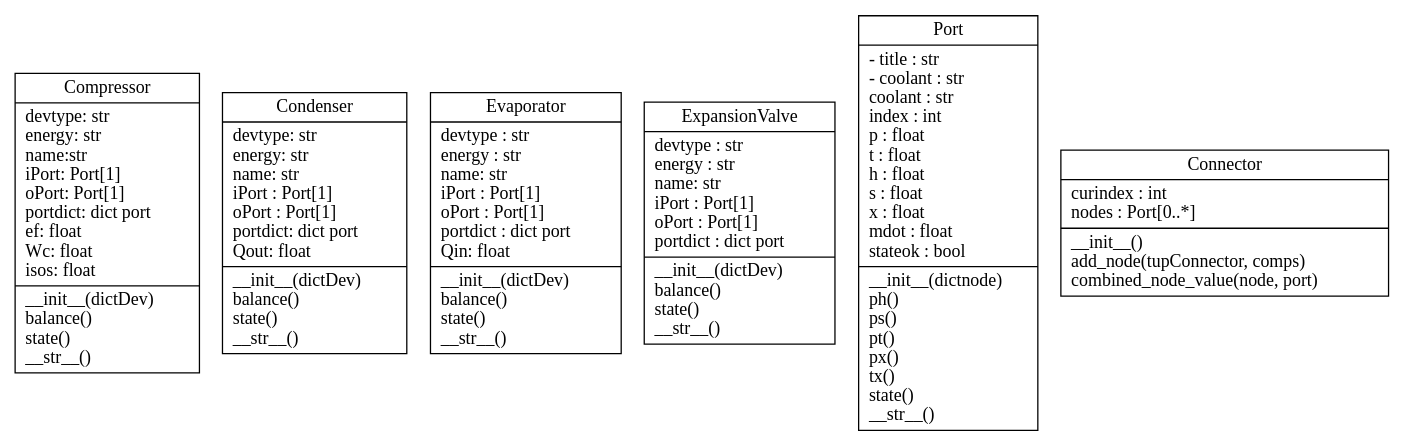
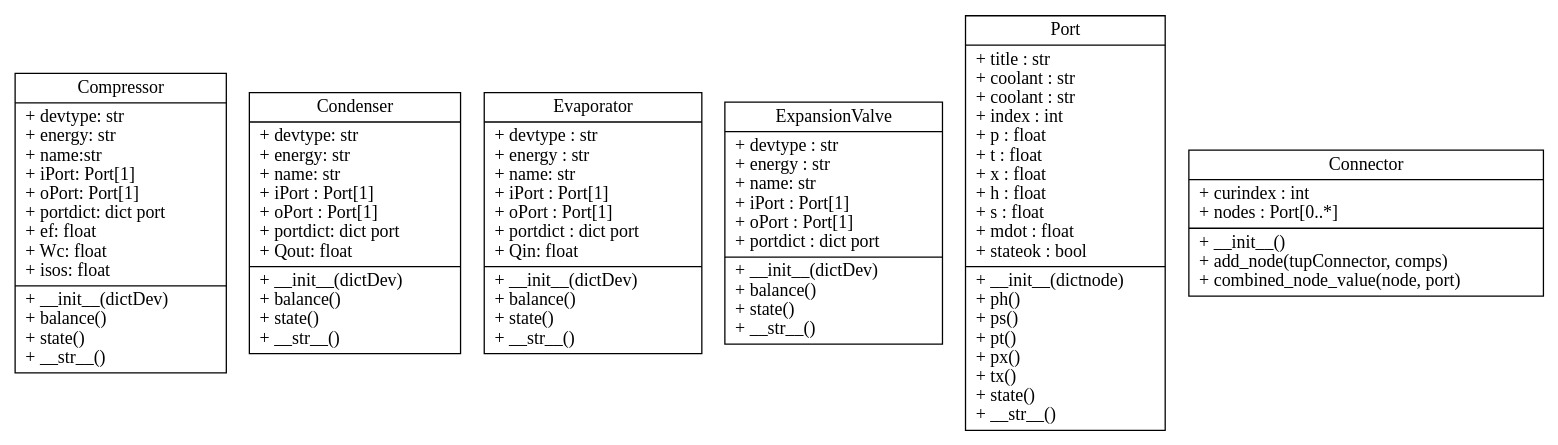
Before and after one commit to thermalogic/SimVCCE: the diagram in uml/components/classes.dot, drawn with Graphviz. The commit also changed 3 other files, not shown here.

Commit message:
update uml

```diff
--- a/uml/components/classes.dot
+++ b/uml/components/classes.dot
@@ -1,10 +1,10 @@
 digraph "classes" {
 rankdir=BT
 charset="utf-8"
-"components.compressor.Compressor" [color="black", fontcolor="black", label="{Compressor|devtype: str\lenergy: str\lname:str \liPort: Port[1]\loPort: Port[1]\lportdict: dict port\lef: float\lWc: float\lisos: float\l|__init__(dictDev)\lbalance()\lstate()\l__str__()\l}", shape="record", style="solid"];
-"components.condenser.Condenser" [color="black", fontcolor="black", label="{Condenser|devtype: str\lenergy: str\lname: str\liPort : Port[1]\loPort : Port[1]\lportdict: dict port\lQout: float\l|__init__(dictDev)\lbalance()\lstate()\l__str__()\l}", shape="record", style="solid"];
-"components.evaporator.Evaporator" [color="black", fontcolor="black", label="{Evaporator|devtype : str\lenergy : str\lname: str\liPort : Port[1]\loPort : Port[1]\lportdict : dict port\lQin: float\l|__init__(dictDev)\lbalance()\lstate()\l__str__()\l}", shape="record", style="solid"];
-"components.expansionvalve.ExpansionValve" [color="black", fontcolor="black", label="{ExpansionValve|devtype : str\lenergy : str\lname: str\liPort : Port[1]\loPort : Port[1]\lportdict : dict port\l|__init__(dictDev)\lbalance()\lstate()\l__str__()\l}", shape="record", style="solid"];
-"components.port.Port" [color="black", fontcolor="black", label="{Port| - title : str\l - coolant : str\lcoolant : str\lindex : int\lp : float\lt : float\lh : float\ls : float\lx : float\lmdot : float\lstateok : bool\l|__init__(dictnode)\lph()\lps()\lpt()\lpx()\ltx()\lstate()\l__str__()\l}", shape="record", style="solid"];
-"components.connector.Connector" [color="black", fontcolor="black", label="{Connector|curindex : int\lnodes : Port[0..*]\l|__init__()\ladd_node(tupConnector, comps)\lcombined_node_value(node, port)\l}", shape="record", style="solid"];
+"components.compressor.Compressor" [color="black", fontcolor="black", label="{Compressor| + devtype: str\l + energy: str\l + name:str \l + iPort: Port[1]\l + oPort: Port[1]\l + portdict: dict port\l + ef: float\l + Wc: float\l + isos: float\l| + __init__(dictDev)\l + balance()\l + state()\l + __str__()\l}", shape="record", style="solid"];
+"components.condenser.Condenser" [color="black", fontcolor="black", label="{Condenser| + devtype: str\l + energy: str\l + name: str\l + iPort : Port[1]\l + oPort : Port[1]\l + portdict: dict port\l + Qout: float\l| + __init__(dictDev)\l + balance()\l + state()\l + __str__()\l}", shape="record", style="solid"];
+"components.evaporator.Evaporator" [color="black", fontcolor="black", label="{Evaporator| + devtype : str\l + energy : str\l + name: str\l + iPort : Port[1]\l + oPort : Port[1]\l + portdict : dict port\l + Qin: float\l| + __init__(dictDev)\l + balance()\l + state()\l + __str__()\l}", shape="record", style="solid"];
+"components.expansionvalve.ExpansionValve" [color="black", fontcolor="black", label="{ExpansionValve| + devtype : str\l + energy : str\l + name: str\l + iPort : Port[1]\l + oPort : Port[1]\l + portdict : dict port\l| + __init__(dictDev)\l + balance()\l + state()\l + __str__()\l}", shape="record", style="solid"];
+"components.port.Port" [color="black", fontcolor="black", label="{Port| + title : str\l + coolant : str\l + coolant : str\l + index : int\l + p : float\l + t : float\l + x : float\l + h : float\l + s : float\l + mdot : float\l + stateok : bool\l|+ __init__(dictnode)\l + ph()\l + ps()\l + pt()\l + px()\l + tx()\l + state()\l + __str__()\l}", shape="record", style="solid"];
+"components.connector.Connector" [color="black", fontcolor="black", label="{Connector| + curindex : int\l + nodes : Port[0..*]\l| + __init__()\l + add_node(tupConnector, comps)\l + combined_node_value(node, port)\l}", shape="record", style="solid"];
 }
```
